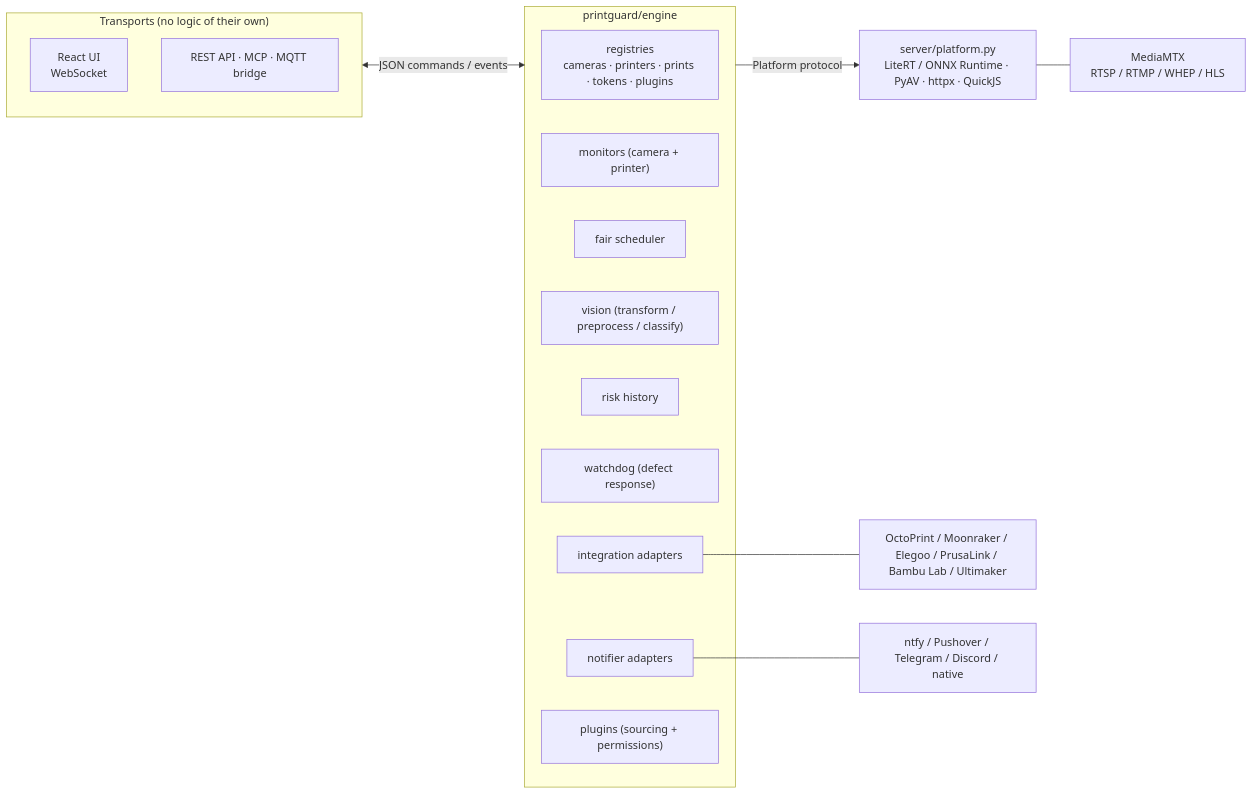
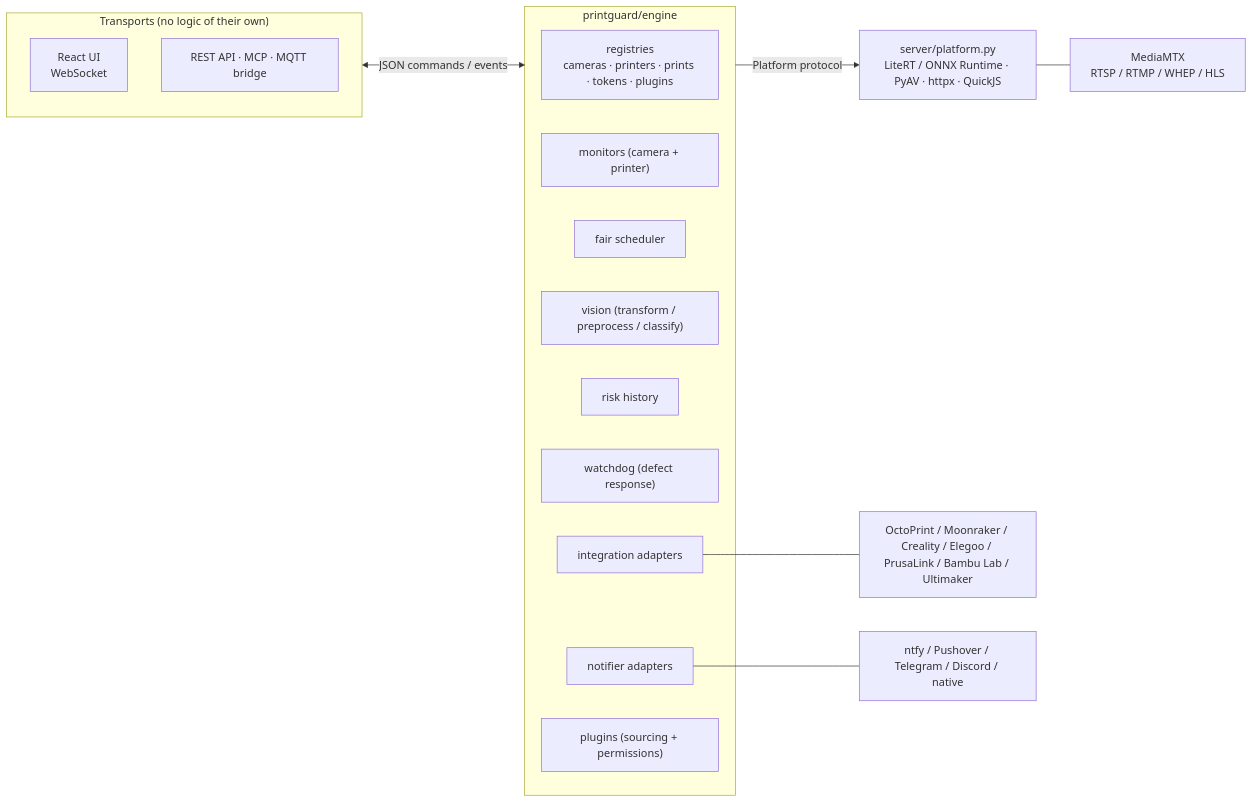
Before and after one commit to oliverbravery/PrintGuard: the first of 5 diagrams in docs/architecture.md, drawn with Mermaid. The commit also changed other lines of this file and 9 other files, not shown here.

````diff
--- a/docs/architecture.md
+++ b/docs/architecture.md
@@ -33,26 +33,26 @@
 ```mermaid
 flowchart LR
     subgraph transports["Transports (no logic of their own)"]
         ui["React UI<br/>WebSocket"]
         surface["REST API · MCP · MQTT bridge"]
     end
 
     subgraph engine["printguard/engine"]
         registry["registries<br/>cameras · printers · prints · tokens · plugins"]
         monitors["monitors (camera + printer)"]
         scheduler["fair scheduler"]
         vision["vision (transform / preprocess / classify)"]
         history["risk history"]
         watchdog["watchdog (defect response)"]
         integrations["integration adapters"]
         notifiers["notifier adapters"]
         plugins["plugins (sourcing + permissions)"]
     end
 
     transports <-- "JSON commands / events" --> engine
     engine -- "Platform protocol" --> server["server/platform.py<br/>LiteRT / ONNX Runtime · PyAV · httpx · QuickJS"]
 
     server --- mediamtx["MediaMTX<br/>RTSP / RTMP / WHEP / HLS"]
-    integrations --- printersvc["OctoPrint / Moonraker / Elegoo / PrusaLink / Bambu Lab / Ultimaker"]
+    integrations --- printersvc["OctoPrint / Moonraker / Creality / Elegoo / PrusaLink / Bambu Lab / Ultimaker"]
     notifiers --- push["ntfy / Pushover / Telegram / Discord / native"]
 ```
````
